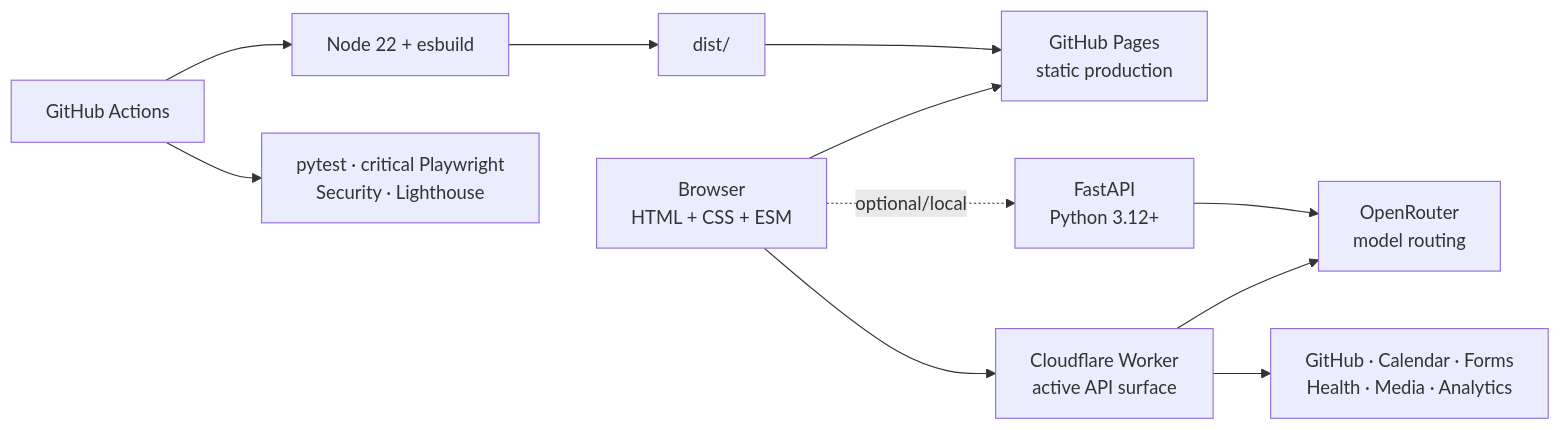
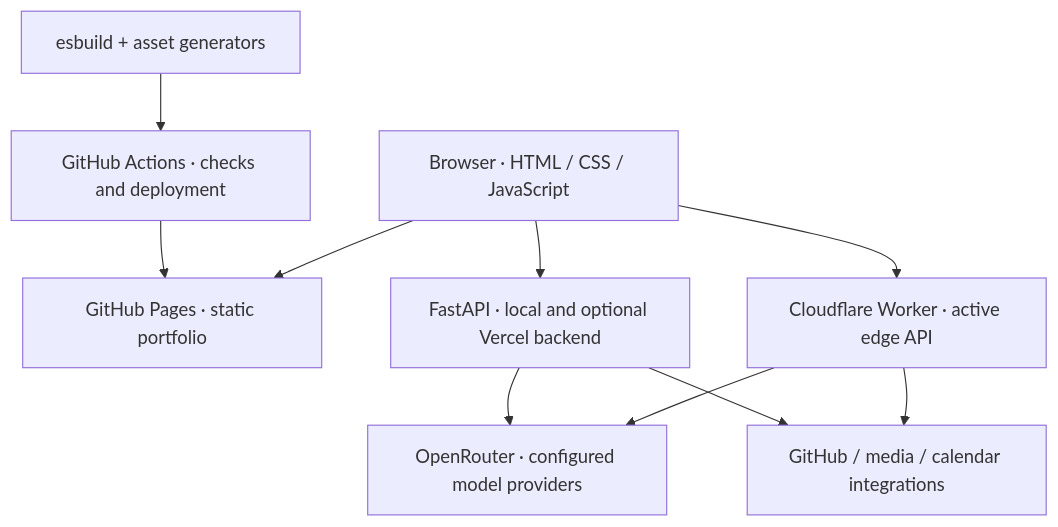
The diagram in README.md (mangeshraut712/mangeshrautarchive), drawn with Mermaid before and after one commit. The commit also changed other lines of this file and 3 other files, not shown here.

````diff
--- a/README.md
+++ b/README.md
@@ -82,13 +98,20 @@
 ```mermaid
-flowchart LR
-  Browser[Browser<br>HTML + CSS + ESM] --> Pages[GitHub Pages<br>static production]
-  Browser --> Worker[Cloudflare Worker<br>active API surface]
-  Browser -. optional/local .-> FastAPI[FastAPI<br>Python 3.12+]
-  Worker --> OpenRouter[OpenRouter<br>model routing]
-  Worker --> Services[GitHub · Calendar · Forms<br>Health · Media · Analytics]
-  FastAPI --> OpenRouter
-  Build[Node 22 + esbuild] --> Dist[dist/]
-  Dist --> Pages
-  CI[GitHub Actions] --> Build
-  CI --> Tests[pytest · critical Playwright<br>Security · Lighthouse]
+flowchart TD
+    Visitor[Browser · HTML / CSS / JavaScript]
+    Pages[GitHub Pages · static portfolio]
+    Worker[Cloudflare Worker · active edge API]
+    Local[FastAPI · local and optional Vercel backend]
+    Models[OpenRouter · configured model providers]
+    Services[GitHub / media / calendar integrations]
+    Build[esbuild + asset generators]
+    CI[GitHub Actions · checks and deployment]
+    Visitor --> Pages
+    Visitor --> Worker
+    Visitor --> Local
+    Worker --> Models
+    Local --> Models
+    Worker --> Services
+    Local --> Services
+    Build --> CI
+    CI --> Pages
 ```
````
